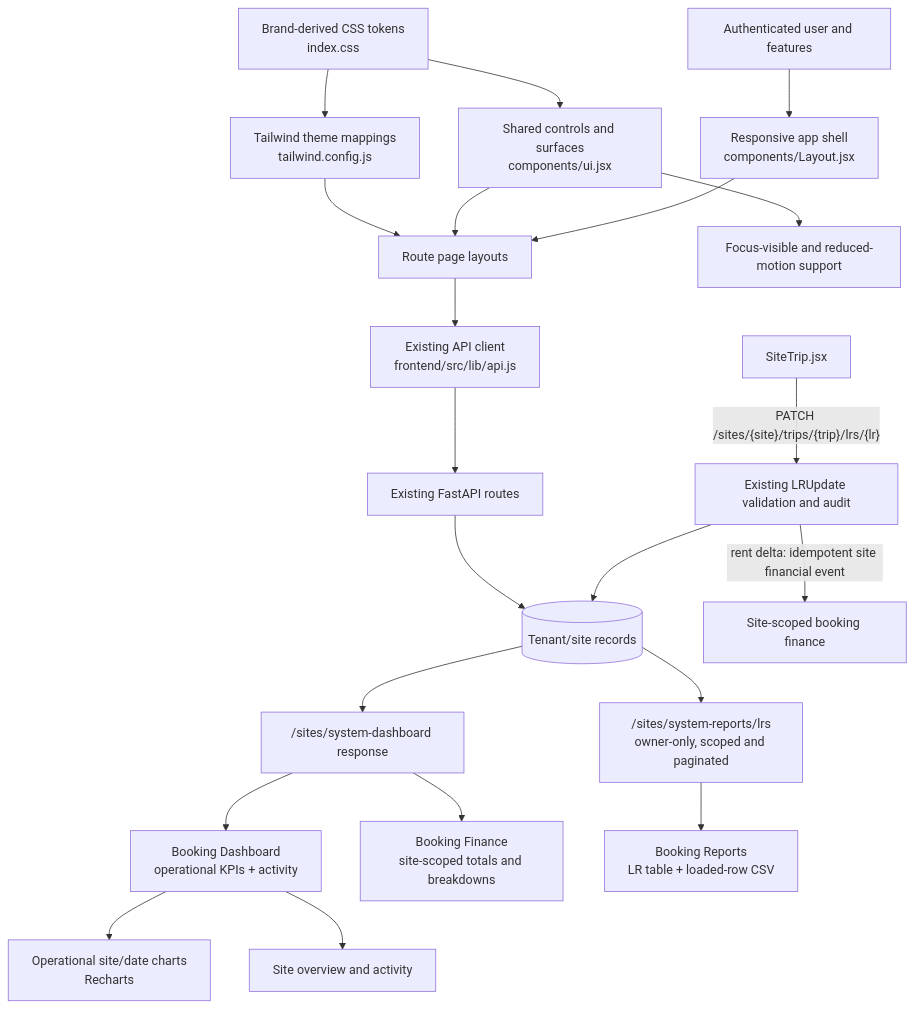
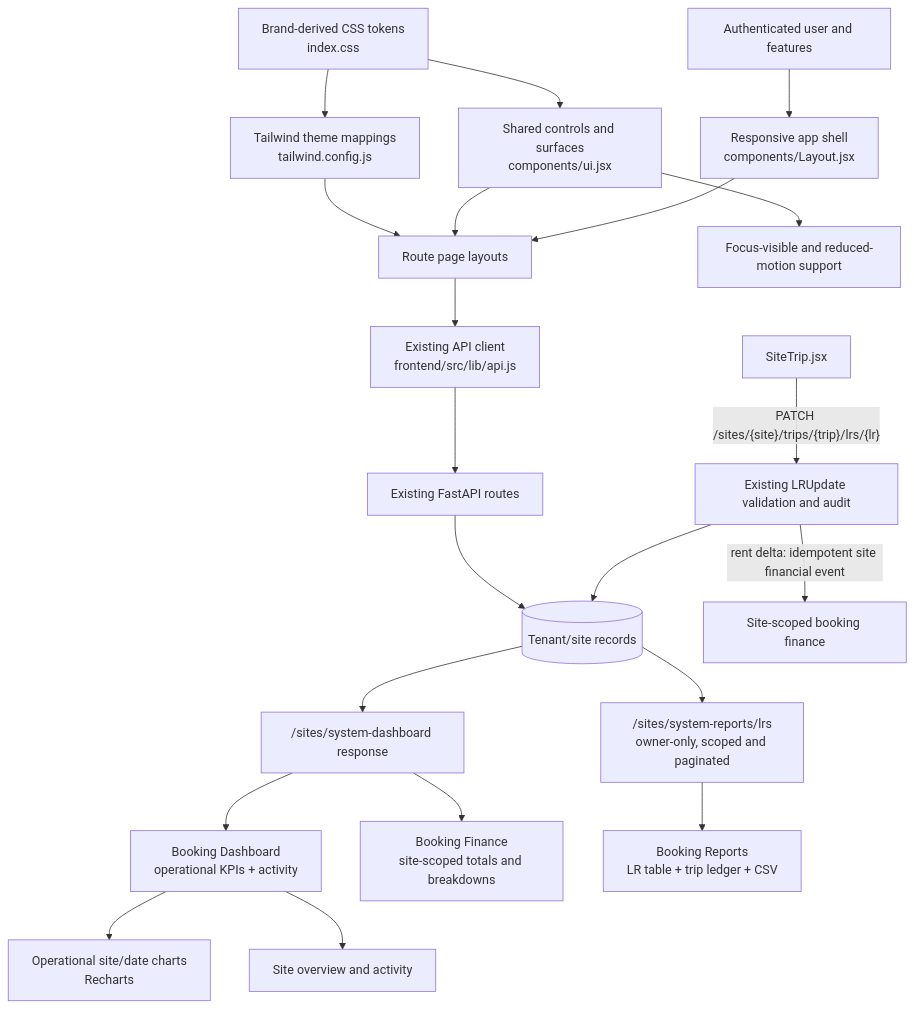
Before and after one commit to adeotale27/FleetManagementSystem: the third of 9 diagrams in ARCHITECTURE.md, drawn with Mermaid. The commit also changed other lines of this file and 25 other files, not shown here.

````diff
--- a/ARCHITECTURE.md
+++ b/ARCHITECTURE.md
@@ -114,23 +122,23 @@
 ```mermaid
 flowchart TD
     Tokens["Brand-derived CSS tokens<br/>index.css"] --> TW["Tailwind theme mappings<br/>tailwind.config.js"]
     Tokens --> Shared["Shared controls and surfaces<br/>components/ui.jsx"]
     TW --> Pages["Route page layouts"]
     Shared --> Pages
     Auth["Authenticated user and features"] --> Shell["Responsive app shell<br/>components/Layout.jsx"]
     Shell --> Pages
     Pages --> API["Existing API client<br/>frontend/src/lib/api.js"]
     API --> Backend["Existing FastAPI routes"]
     Backend --> TenantData[("Tenant/site records")]
     TenantData --> DashboardAPI["/sites/system-dashboard response"]
     DashboardAPI --> SiteConsole["Booking Dashboard<br/>operational KPIs + activity"]
     DashboardAPI --> BookingFinance["Booking Finance<br/>site-scoped totals and breakdowns"]
     TenantData --> BookingReportAPI["/sites/system-reports/lrs<br/>owner-only, scoped and paginated"]
-    BookingReportAPI --> BookingReports["Booking Reports<br/>LR table + loaded-row CSV"]
+    BookingReportAPI --> BookingReports["Booking Reports<br/>LR table + trip ledger + CSV"]
     SiteConsole --> Charts["Operational site/date charts<br/>Recharts"]
     SiteConsole --> SiteCards["Site overview and activity"]
     SiteTrip["SiteTrip.jsx"] -->|"PATCH /sites/{site}/trips/{trip}/lrs/{lr}"| CanonicalLRUpdate["Existing LRUpdate validation and audit"]
     CanonicalLRUpdate --> TenantData
     CanonicalLRUpdate -->|"rent delta: idempotent site financial event"| SiteMoney["Site-scoped booking finance"]
     Shared --> Accessibility["Focus-visible and reduced-motion support"]
 ```
````
